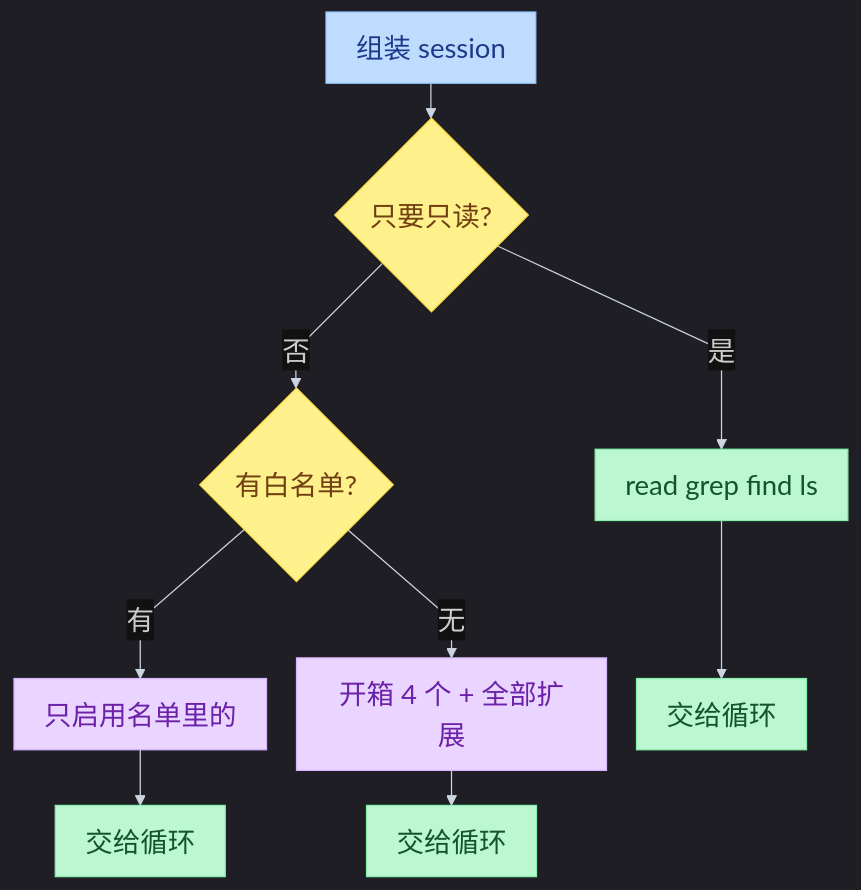
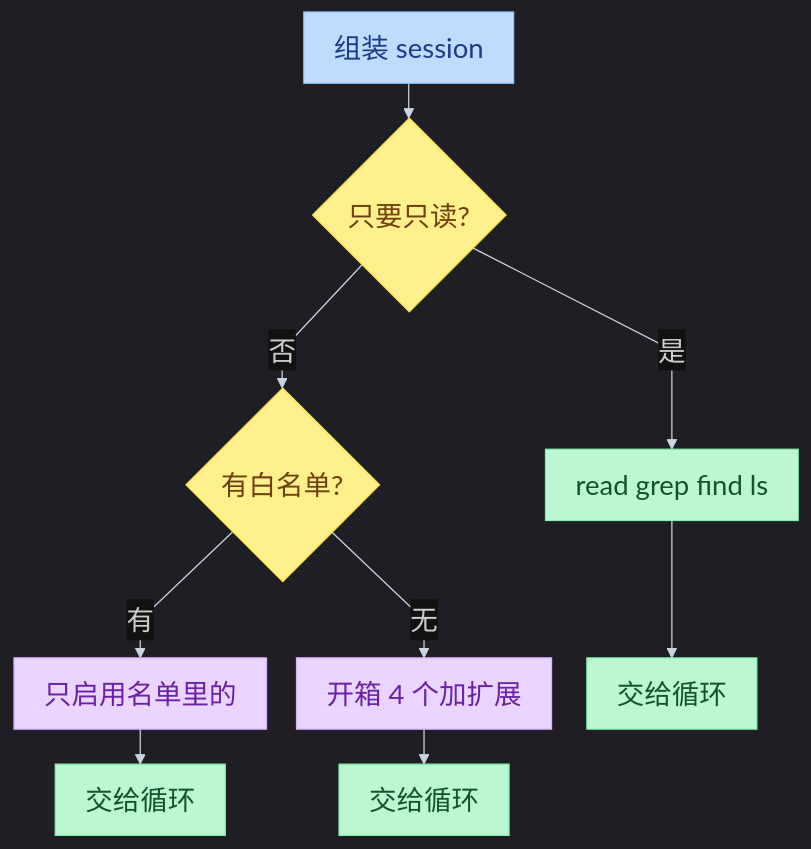
One commit to juliepy/AI-Engineer-from-scrach changed the first of 2 diagrams in 13-pi-agent/07-Capability.md. Above: the diagram before and after it, drawn with Mermaid. The commit also changed other lines of this file and 1 other file, not shown here.

````diff
--- a/13-pi-agent/07-Capability.md
+++ b/13-pi-agent/07-Capability.md
@@ -77,24 +116,23 @@
 ```mermaid
 %%{init: {"theme": "dark", "flowchart": {"curve": "linear", "rankSpacing": 28, "nodeSpacing": 24, "padding": 12, "useMaxWidth": false, "htmlLabels": true}, "themeVariables": {"fontSize": "22px", "background": "#000000", "lineColor": "#CBD5E1", "edgeLabelBackground": "#111111"}, "themeCSS": ".nodeLabel,.label,span{font-size:22px!important}"}}%%
 flowchart TB
-    START["组装 session"] --> RO{"只要只读?"}
-    RO -->|是| R["read grep find ls"]
+    SES["组装 session"] --> RO{"只要只读?"}
+    RO -->|是| RONLY["read grep find ls"]
     RO -->|否| WL{"有白名单?"}
     WL -->|有| W["只启用名单里的"]
-    WL -->|无| D["开箱 4 个 + 全部扩展"]
-    R --> ACT1["交给循环"]
+    WL -->|无| DFL["开箱 4 个加扩展"]
+    RONLY --> ACT1["交给循环"]
     W --> ACT2["交给循环"]
-    D --> ACT3["交给循环"]
+    DFL --> ACT3["交给循环"]
 
     classDef start fill:#BFDBFE,stroke:#93C5FD,color:#1E3A8A,font-size:22px
     classDef dec fill:#FEF08A,stroke:#FDE047,color:#713F12,font-size:22px
-    classDef bad fill:#FBCFE8,stroke:#F9A8D4,color:#831843,font-size:22px
     classDef prod fill:#E9D5FF,stroke:#D8B4FE,color:#6B21A8,font-size:22px
     classDef ok fill:#BBF7D0,stroke:#86EFAC,color:#14532D,font-size:22px
 
-    class START start
+    class SES start
     class RO,WL dec
-    class W,D prod
-    class R ok
+    class W,DFL prod
+    class RONLY ok
     class ACT1,ACT2,ACT3 ok
 ```
````
